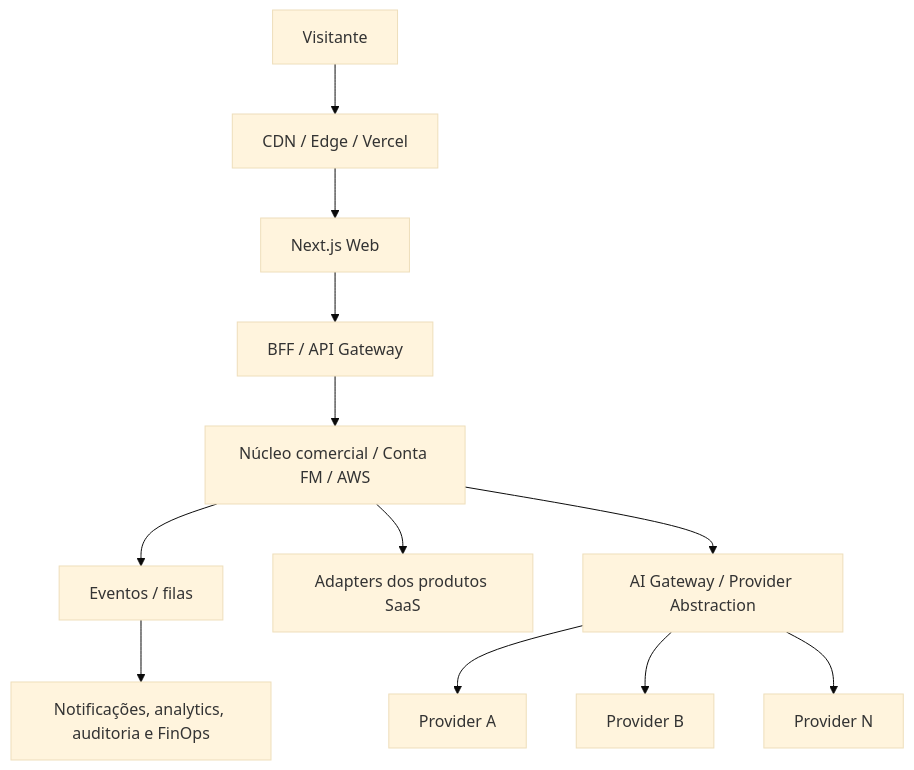
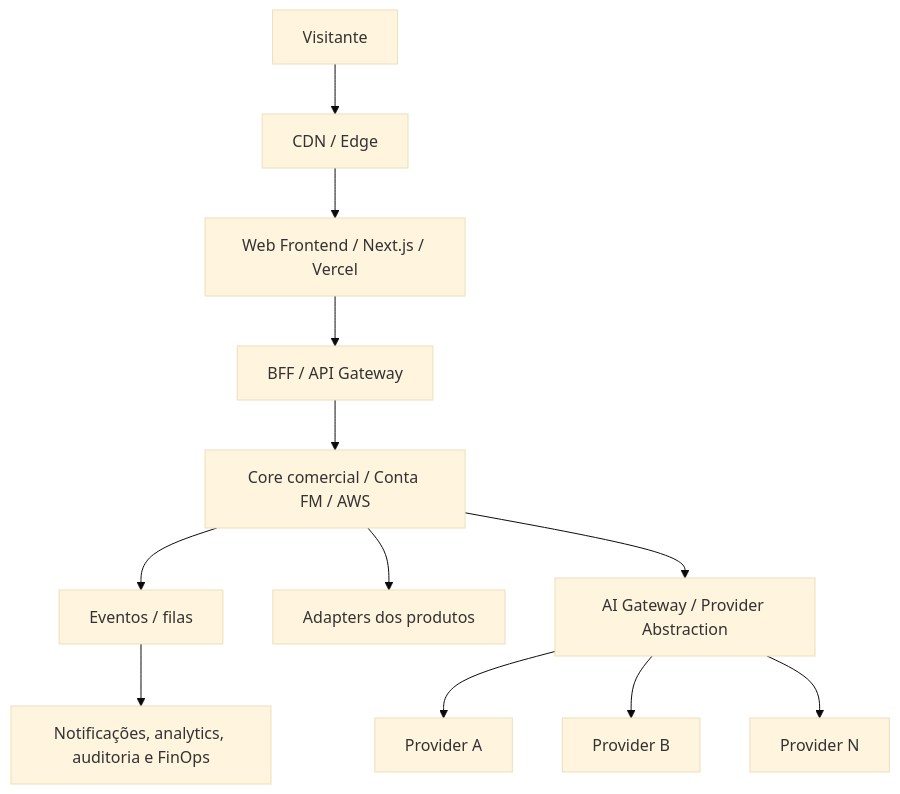
One commit to faabio3131/fm-tecnologia-web-platform changed the first of 2 diagrams in docs/FASE_0_INVENTARIO_E_READINESS.md. Above: the diagram before and after it, drawn with Mermaid (base theme). The commit also changed other lines of this file, not shown here.

````diff
--- a/docs/FASE_0_INVENTARIO_E_READINESS.md
+++ b/docs/FASE_0_INVENTARIO_E_READINESS.md
@@ -196,14 +194,14 @@
 ```mermaid
 flowchart TD
-    V[Visitante] --> E[CDN / Edge / Vercel]
-    E --> W[Next.js Web]
+    V[Visitante] --> E[CDN / Edge]
+    E --> W[Web Frontend / Next.js / Vercel]
     W --> B[BFF / API Gateway]
-    B --> C[Núcleo comercial / Conta FM / AWS]
+    B --> C[Core comercial / Conta FM / AWS]
     C --> Q[Eventos / filas]
-    C --> A[Adapters dos produtos SaaS]
+    C --> A[Adapters dos produtos]
     C --> G[AI Gateway / Provider Abstraction]
     G --> P1[Provider A]
     G --> P2[Provider B]
     G --> PN[Provider N]
     Q --> O[Notificações, analytics, auditoria e FinOps]
 ```
````
